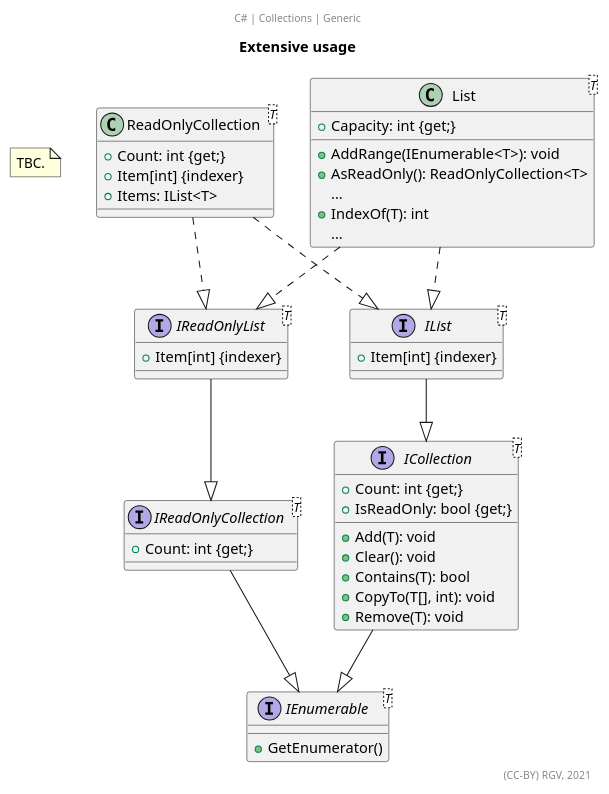
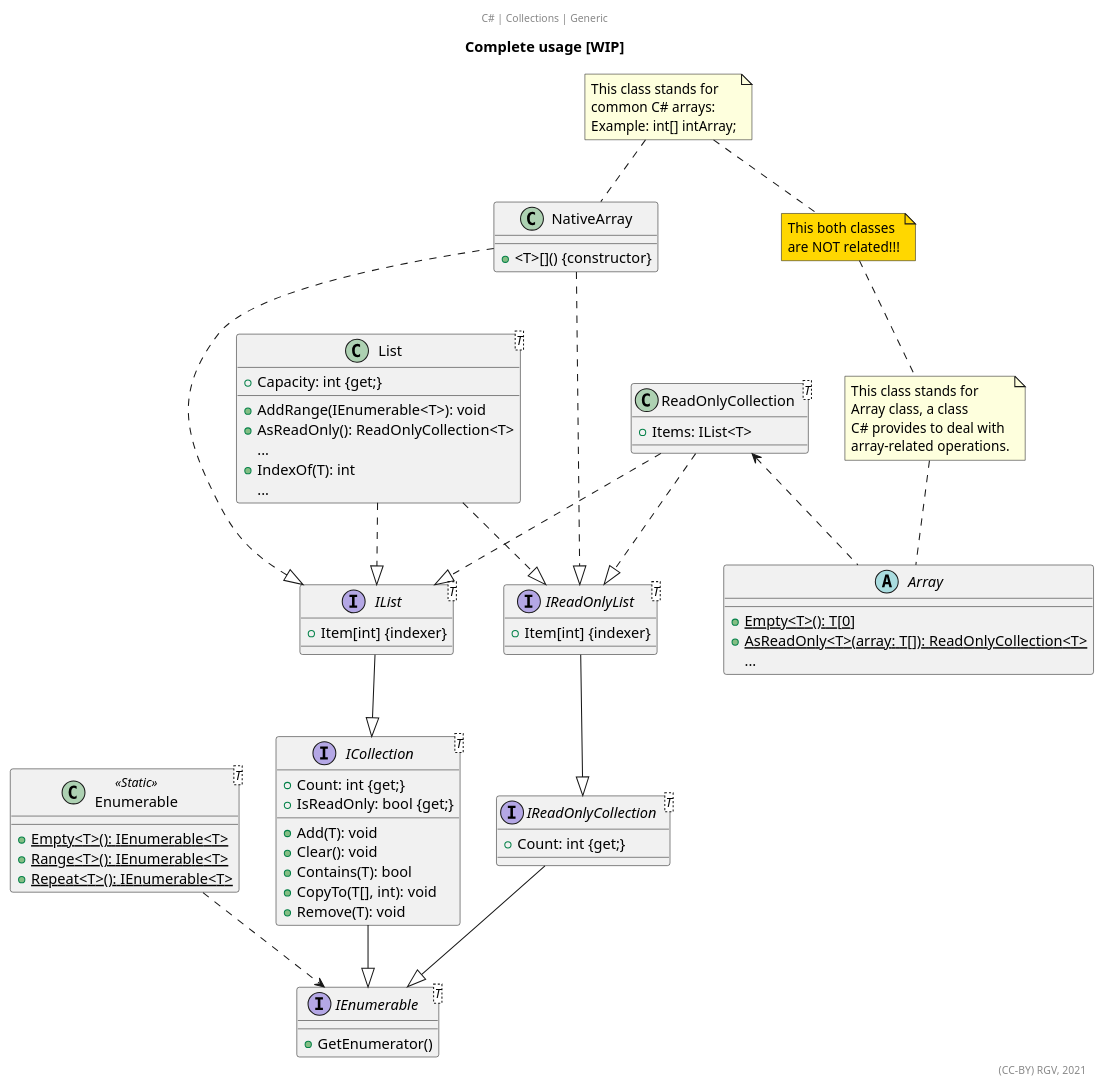
The diagram in C#/Collections.puml (RicardoGuzmanVelasco/DomainModelling), drawn with PlantUML before and after one commit. The commit also changed 2 other files, not shown here.

Commit message:
C# | Generic collections, extensive usage

```diff
--- a/C#/Collections.puml
+++ b/C#/Collections.puml
@@ -1,79 +1,119 @@
 @startuml
 'https://plantuml.com/class-diagram
-title Extensive usage
+title Complete usage [WIP]
 center header C# | Collections | Generic
 '''''''''''''
 
-note as Note
-TBC.
-end note
+class NativeArray{
++<T>[]() {constructor}
+}
 
-'remove ReadOnlyCollection
 class ReadOnlyCollection<T>
 {
-    +Count: int {get;}
-    +Item[int] {indexer}
     +Items: IList<T>
 }
 
 class List<T>
 {
     +Capacity: int {get;}
     
     +AddRange(IEnumerable<T>): void
     +AsReadOnly(): ReadOnlyCollection<T>
     {method}...
     +IndexOf(T): int
     {method}...
+}
+
+abstract class Array
+{
+    +{static}Empty<T>(): T[0]
+    +{static}AsReadOnly<T>(array: T[]): ReadOnlyCollection<T>
+    {method}...  
+}
+
+class  Enumerable<T> <<Static>>
+{
+    +{static}Empty<T>(): IEnumerable<T>
+    +{static}Range<T>(): IEnumerable<T>
+    +{static}Repeat<T>(): IEnumerable<T>
 }
 
 interface IList<T>
 {
     +Item[int] {indexer}
 }
 
 interface IReadOnlyList<T>
 {
     +Item[int] {indexer}
 }
 
 interface IReadOnlyCollection<T>
 {
     +Count: int {get;}
 }
 
 interface ICollection<T>
 {
     +Count: int {get;}
     +IsReadOnly: bool {get;}
     
     +Add(T): void 
     +Clear(): void 
     +Contains(T): bool 
     +CopyTo(T[], int): void
     +Remove(T): void 
 }
 
 interface IEnumerable<T>
 {
     +GetEnumerator()
 }
 
 '''''''''''''
 
 ReadOnlyCollection ..|> IList
 ReadOnlyCollection ..|> IReadOnlyList
 
 List..|>IList
 List..|>IReadOnlyList
 
+note as NativeN
+This class stands for
+common C# arrays:
+Example: int[] intArray;
+end note
+NativeN .. NativeArray
+
+note as ArrayN
+This class stands for
+Array class, a class
+C# provides to deal with
+array-related operations.
+end note
+ArrayN .. Array
+
+Note as ArraysN #gold
+This both classes
+are NOT related!!!
+end note
+ArraysN .. ArrayN
+ArraysN .u. NativeN
+
+NativeArray ...|> IReadOnlyList
+NativeArray ...|> IList
+
+ReadOnlyCollection <.. Array
+
 IReadOnlyList--|>IReadOnlyCollection
 
 IList --|> ICollection
 ICollection --|> IEnumerable
 
 IReadOnlyCollection --|> IEnumerable
 
+Enumerable ..> IEnumerable
+
 '''''''''''''
 right footer (CC-BY) RGV, 2021
 @enduml
```
